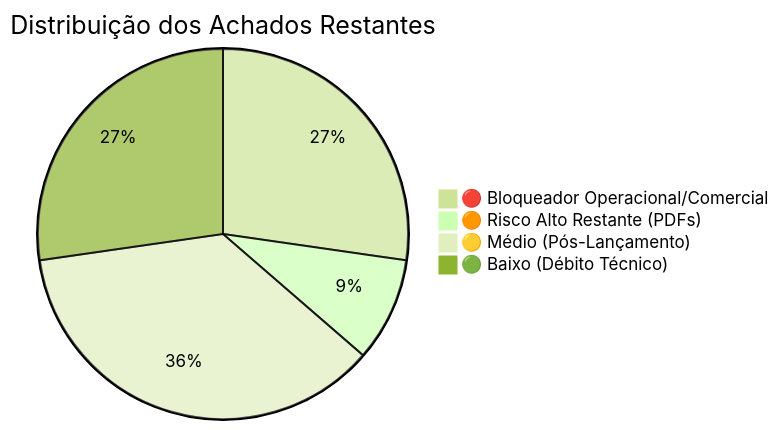
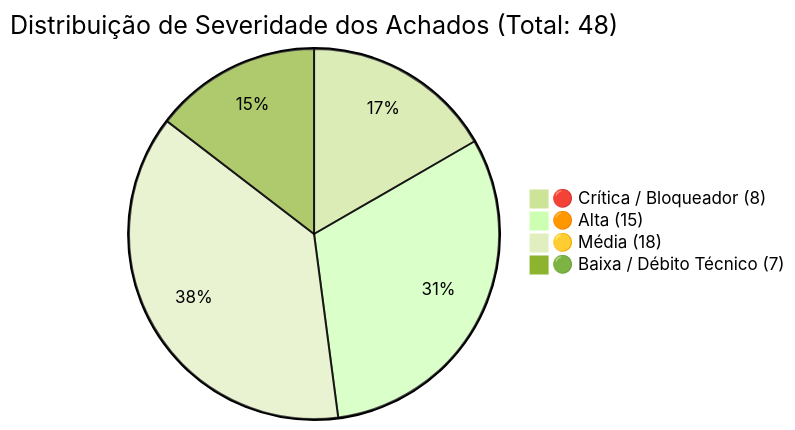
The first of 2 diagrams in docs/diagnostico-pre-lancamento.md (mardeganvf/elana-app), drawn with Mermaid (forest theme) before and after one commit. The commit also changed other lines of this file and 14 other files, not shown here.

````diff
--- a/docs/diagnostico-pre-lancamento.md
+++ b/docs/diagnostico-pre-lancamento.md
@@ -19,7 +61,7 @@
 ```mermaid
-pie title Distribuição dos Achados Restantes
-    "🔴 Bloqueador Operacional/Comercial" : 3
-    "🟠 Risco Alto Restante (PDFs)" : 1
-    "🟡 Médio (Pós-Lançamento)" : 4
-    "🟢 Baixo (Débito Técnico)" : 3
+pie title Distribuição de Severidade dos Achados (Total: 48)
+    "🔴 Crítica / Bloqueador (8)" : 8
+    "🟠 Alta (15)" : 15
+    "🟡 Média (18)" : 18
+    "🟢 Baixa / Débito Técnico (7)" : 7
 ```
````
